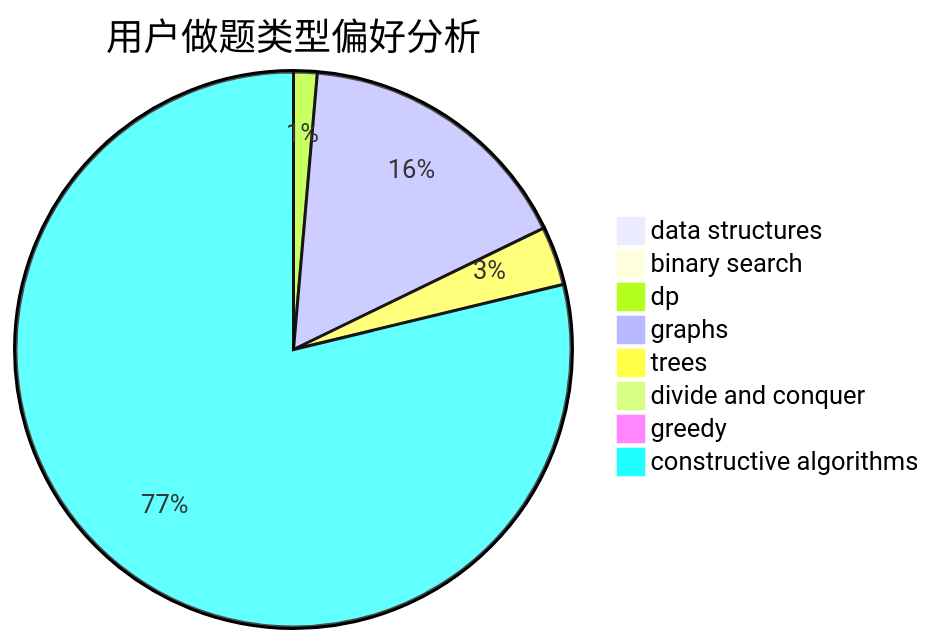
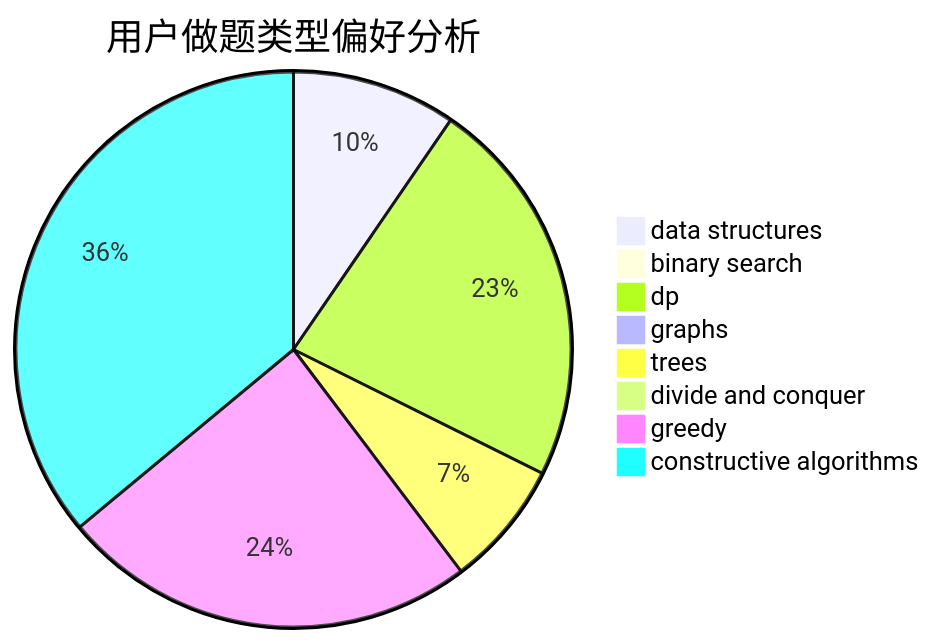
Before and after one commit to sherpahu/cfrs.github.io: the second of 3 diagrams in docs/user/u2498.md, drawn with Mermaid. The commit also changed other lines of this file and 2770 other files, not shown here.

````diff
--- a/docs/user/u2498.md
+++ b/docs/user/u2498.md
@@ -23,11 +23,11 @@
 ```mermaid
 pie title 用户做题类型偏好分析
-    "data structures" :  1
-    "binary search" :  1
-    "dp" :  2
-    "graphs" :  24
-    "trees" :  5
-    "divide and conquer" :  1
-    "greedy" :  1
-    "constructive algorithms" :  115
+    "data structures" :  13
+    "binary search" :  0
+    "dp" :  31
+    "graphs" :  0
+    "trees" :  10
+    "divide and conquer" :  0
+    "greedy" :  33
+    "constructive algorithms" :  49
 ```
````
